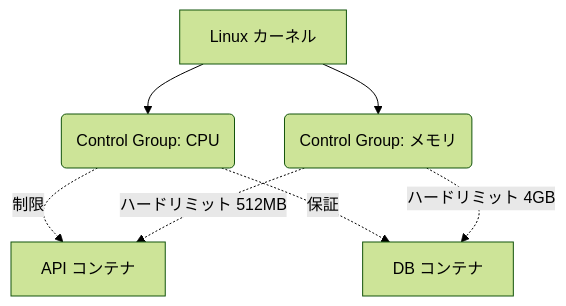
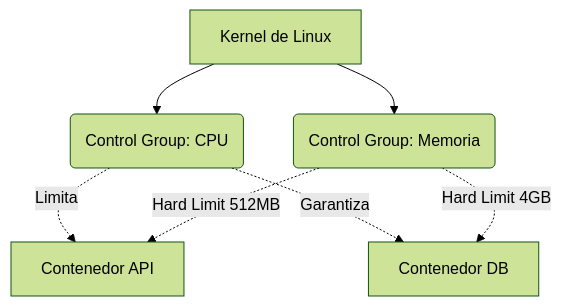
Before and after one commit to gjpierp/nmergeia: the first of 2 diagrams in public/docs/ja/docker_experto.md, drawn with Mermaid (forest theme). The commit also changed other lines of this file and 518 other files, not shown here.

````diff
--- a/public/docs/ja/docker_experto.md
+++ b/public/docs/ja/docker_experto.md
@@ -14,11 +14,11 @@
 ```mermaid
 graph TD
-    Kernel[Linux カーネル] --> CgroupCPU(Control Group: CPU)
-    Kernel --> CgroupRAM(Control Group: メモリ)
+    Kernel[Kernel de Linux] --> CgroupCPU(Control Group: CPU)
+    Kernel --> CgroupRAM(Control Group: Memoria)
     
-    CgroupCPU -.->|制限| C1[API コンテナ]
-    CgroupCPU -.->|保証| C2[DB コンテナ]
+    CgroupCPU -.->|Limita| C1[Contenedor API]
+    CgroupCPU -.->|Garantiza| C2[Contenedor DB]
     
-    CgroupRAM -.->|ハードリミット 512MB| C1
-    CgroupRAM -.->|ハードリミット 4GB| C2
+    CgroupRAM -.->|Hard Limit 512MB| C1
+    CgroupRAM -.->|Hard Limit 4GB| C2
 ```
````
